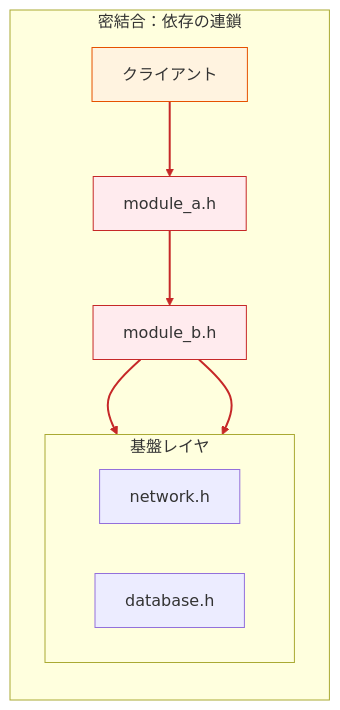
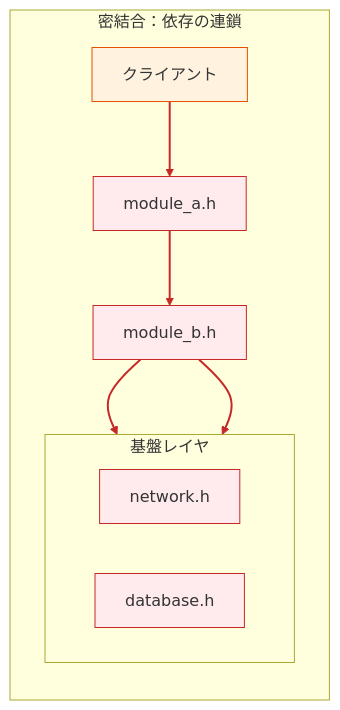
One commit to kumachan1101/BookProject changed the third of 4 diagrams in 02_章別/15_第2部 第11章 インターフェース分離原則 (ISP) 不要な依存の排除とモジュール結合度の最小化_02.md. Above: the diagram before and after it, drawn with Mermaid. The commit also changed other lines of this file and 113 other files, not shown here.

````diff
--- a/02_章別/15_第2部 第11章 インターフェース分離原則 (ISP) 不要な依存の排除とモジュール結合度の最小化_02.md
+++ b/02_章別/15_第2部 第11章 インターフェース分離原則 (ISP) 不要な依存の排除とモジュール結合度の最小化_02.md
@@ -302,30 +253,32 @@
 ```mermaid
 graph TB
       subgraph TightCoupling [密結合：依存の連鎖]
           direction TB
           C1["クライアント"]
           HA["module_a.h"]
           HB["module_b.h"]
-        
+
           %% 横に並べてコンパクトにする
           subgraph Infrastructure [基盤レイヤ]
               direction LR
               HN["network.h"]
               HD["database.h"]
           end
       end
 
       %% 依存の接続
       C1 --> HA
       HA --> HB
       HB --> HN
       HB --> HD
 
-      %% スタイル設定（定義済みのノードのみに適用）
+      %% スタイル（全角を含まないよう修正）
+      style C1 fill:#fff3e0,stroke:#e65100
       style HA fill:#ffebee,stroke:#c62828
       style HB fill:#ffebee,stroke:#c62828
-      style C1 fill:#fff3e0,stroke:#e65100
+      style HN fill:#ffebee,stroke:#c62828
+      style HD fill:#ffebee,stroke:#c62828
 
       %% 既存の4本のリンクに赤色を適用
       linkStyle 0,1,2,3 stroke:#c62828,stroke-width:2px
 ```
````
